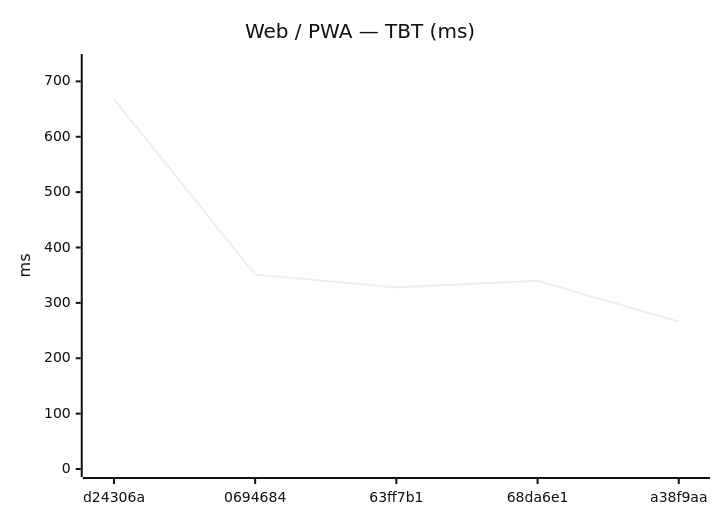
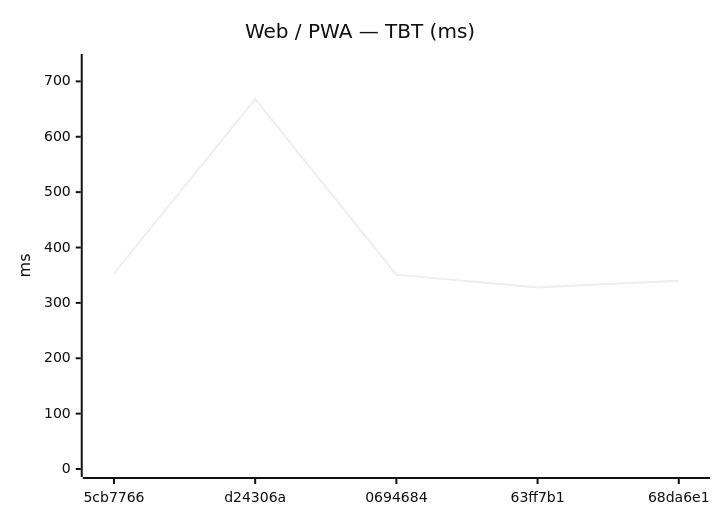
Before and after one commit to Metaheurist/Rianell: the eighth of 18 diagrams in benchmarks/compare.md, drawn with Mermaid (neutral theme). The commit also changed other lines of this file and 11 other files, not shown here.

````diff
--- a/benchmarks/compare.md
+++ b/benchmarks/compare.md
@@ -124,7 +124,7 @@
 ```mermaid
 xychart-beta
     title "Web / PWA — TBT (ms)"
-    x-axis ["d24306a", "0694684", "63ff7b1", "68da6e1", "a38f9aa"]
+    x-axis ["5cb7766", "d24306a", "0694684", "63ff7b1", "68da6e1"]
     y-axis "ms" 0 --> 735
-    line [668, 351, 328, 340, 266]
+    line [353, 668, 351, 328, 340]
 ```
````
